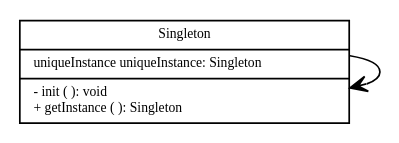
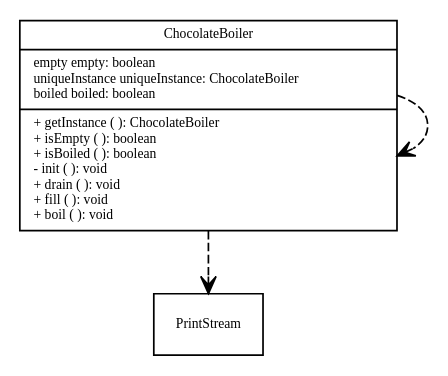
The diagram in inputOutput/output.dot (xniccum/UML-Gen), drawn with Graphviz before and after one commit. The commit also changed 1 other file, not shown here.

```diff
--- a/inputOutput/output.dot
+++ b/inputOutput/output.dot
@@ -1,41 +1,106 @@
 strict digraph G {
     fontname = "Bitstream Vera Sans"
     fontsize = 8
 
     node [
     fontname = "Bitstream Vera Sans"
     fontsize = 8
     shape = "record"
     ]
 
     edge [
     fontname = "Bitstream Vera Sans"
     fontsize = 8
     ]
-Singleton [ 
- label = " { Singleton|uniqueInstance uniqueInstance: Singleton \l |- init ( ): void \l + getInstance ( ): Singleton \l  
+ChocolateBoiler [ 
+ label = " { ChocolateBoiler|empty empty: boolean \l uniqueInstance uniqueInstance: ChocolateBoiler \l boiled boiled: boolean \l |+ getInstance ( ): ChocolateBoiler \l + isEmpty ( ): boolean \l + isBoiled ( ): boolean \l - init ( ): void \l + drain ( ): void \l + fill ( ): void \l + boil ( ): void \l  
  } " 
  ]
  edge [ 
+  style="dashed", arrowhead= "vee" 
+ ] 
+ChocolateBoiler -> ChocolateBoiler 
+
+ edge [ 
+  style="dashed", arrowhead= "vee" 
+ ] 
+ChocolateBoiler -> PrintStream 
+
+ edge [ 
+  style="dashed", arrowhead= "vee" 
+ ] 
+ChocolateBoiler -> ChocolateBoiler 
+
+ edge [ 
+  style="dashed", arrowhead= "vee" 
+ ] 
+ChocolateBoiler -> PrintStream 
+
+ edge [ 
+  style="dashed", arrowhead= "vee" 
+ ] 
+
+ edge [ 
   style="solid", arrowhead= "vee" 
  ] 
-Singleton -> Singleton 
+ChocolateBoiler -> ChocolateBoiler 
+
+ edge [ 
+  style="solid", arrowhead= "vee" 
+ ] 
+ChocolateBoiler -> ChocolateBoiler 
 
  edge [ 
   style="dashed", arrowhead= "vee" 
  ] 
 
  edge [ 
   style="dashed", arrowhead= "vee" 
  ] 
 
  edge [ 
   style="dashed", arrowhead= "vee" 
  ] 
-Singleton -> Singleton 
 
  edge [ 
   style="dashed", arrowhead= "vee" 
  ] 
-Singleton -> Singleton 
+
+ edge [ 
+  style="dashed", arrowhead= "vee" 
+ ] 
+ChocolateBoiler -> ChocolateBoiler 
+
+ edge [ 
+  style="dashed", arrowhead= "vee" 
+ ] 
+ChocolateBoiler -> ChocolateBoiler 
+
+ edge [ 
+  style="solid", arrowhead= "vee" 
+ ] 
+ChocolateBoiler -> ChocolateBoiler 
+
+ edge [ 
+  style="dashed", arrowhead= "vee" 
+ ] 
+
+ edge [ 
+  style="dashed", arrowhead= "vee" 
+ ] 
+ChocolateBoiler -> ChocolateBoiler 
+
+ edge [ 
+  style="dashed", arrowhead= "vee" 
+ ] 
+
+ edge [ 
+  style="dashed", arrowhead= "vee" 
+ ] 
+ChocolateBoiler -> ChocolateBoiler 
+
+ edge [ 
+  style="dashed", arrowhead= "vee" 
+ ] 
+ChocolateBoiler -> ChocolateBoiler 
 }
```
